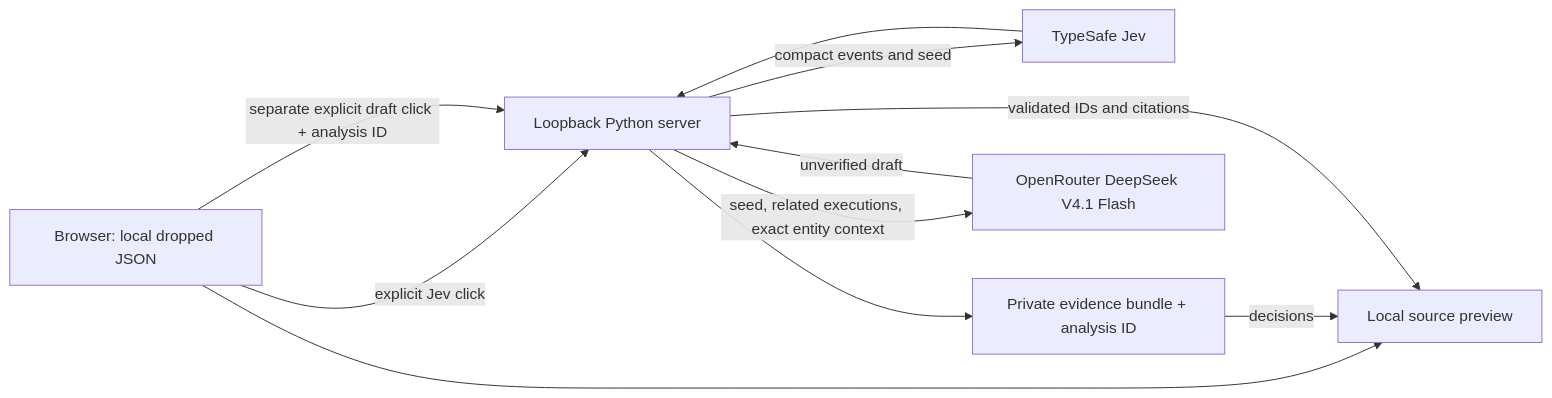
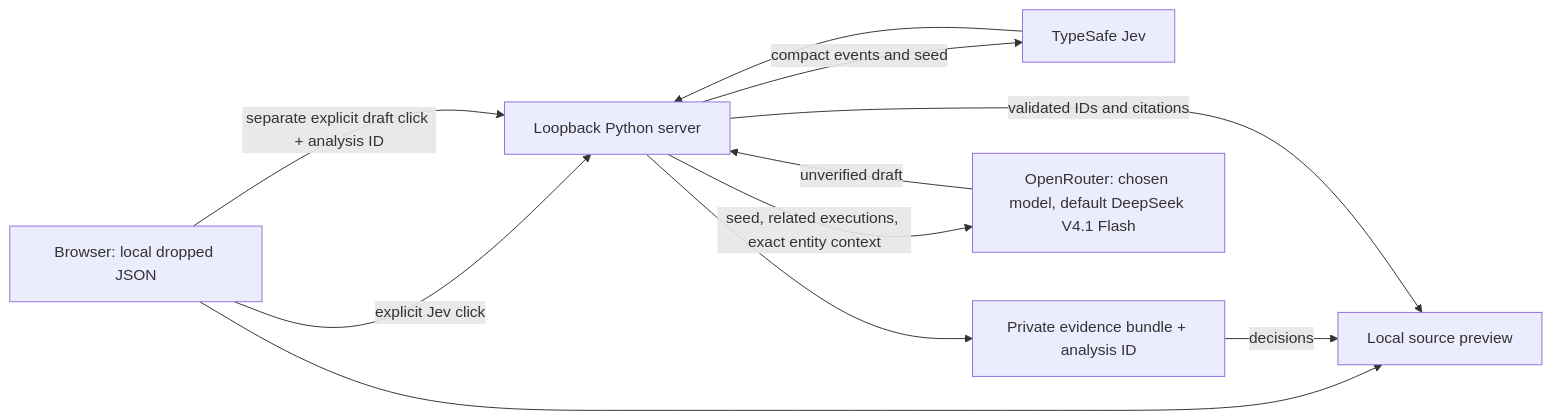
The fourth of 4 diagrams in ARCHITECTURE.md (tsale/jev-incident-timeline), drawn with Mermaid before and after one commit. The commit also changed other lines of this file and 12 other files, not shown here.

````diff
--- a/ARCHITECTURE.md
+++ b/ARCHITECTURE.md
@@ -132,13 +132,13 @@
 ```mermaid
 flowchart LR
     B[Browser: local dropped JSON] --> U[Local source preview]
     B -- explicit Jev click --> S[Loopback Python server]
     S -- compact events and seed --> J[TypeSafe Jev]
     J --> S
     S --> R[Private evidence bundle + analysis ID]
     R -- decisions --> U
     B -- separate explicit draft click + analysis ID --> S
-    S -- seed, related executions, exact entity context --> O[OpenRouter DeepSeek V4.1 Flash]
+    S -- seed, related executions, exact entity context --> O[OpenRouter: chosen model, default DeepSeek V4.1 Flash]
     O -- unverified draft --> S
     S -- validated IDs and citations --> U
 ```
````
